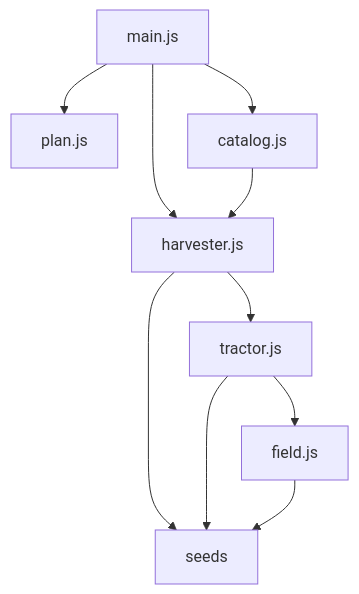
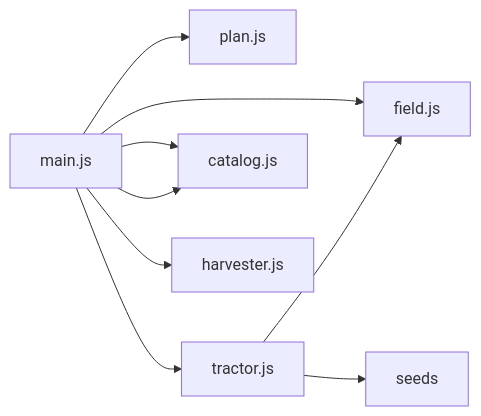
One commit to Evening-Cohort-32/Modern-Farm-client-jkridh changed the diagram in src/dependecyGraph.md. Above: the diagram before and after it, drawn with Mermaid. The commit also changed 8 other files, not shown here.

````diff
--- a/src/dependecyGraph.md
+++ b/src/dependecyGraph.md
@@ -1,14 +1,11 @@
 ```mermaid
-graph TD;
+graph LR;
     main.js-->plan.js;
+    main.js-->field.js
+    main.js-->tractor.js
     main.js-->catalog.js;
     main.js-->harvester.js;
-    catalog.js-->harvester.js;
-    harvester.js-->tractor.js;
-    harvester.js-->seeds;
+    main.js-->catalog.js
     tractor.js-->field.js;
     tractor.js-->seeds;
-    field.js-->seeds;
-
-
 ```
````
